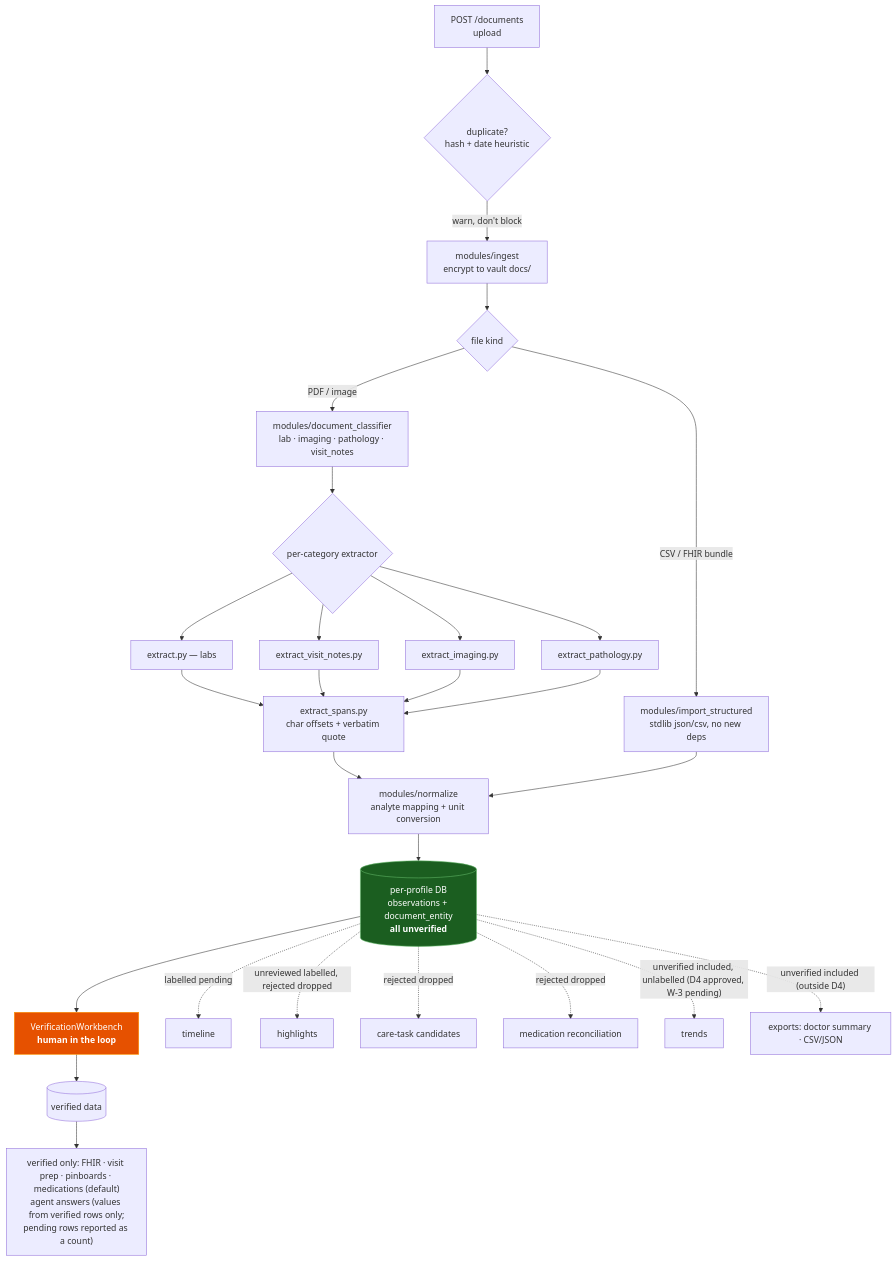
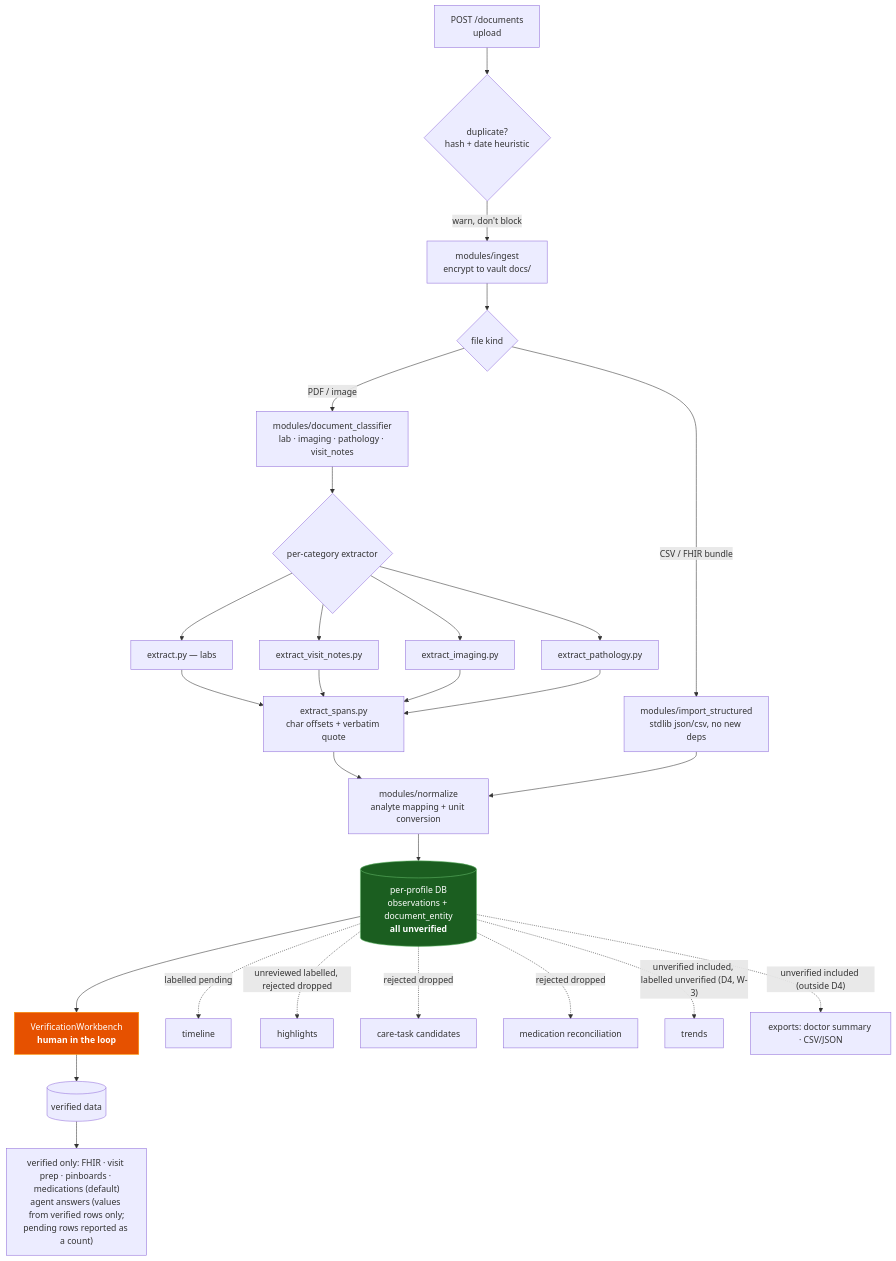
One commit to BrooklynD23/HealthCentral changed the first of 3 diagrams in docs/architecture/pipelines.md. Above: the diagram before and after it, drawn with Mermaid. The commit also changed other lines of this file and 11 other files, not shown here.

First line of the commit message:
docs: refresh README and architecture docs against the code

````diff
--- a/docs/architecture/pipelines.md
+++ b/docs/architecture/pipelines.md
@@ -17,35 +17,35 @@
 ```mermaid
 flowchart TD
     UP["POST /documents<br/>upload"] --> DUP{"duplicate?<br/>hash + date heuristic"}
     DUP -->|warn, don't block| ING["modules/ingest<br/>encrypt to vault docs/"]
 
     ING --> KIND{"file kind"}
     KIND -->|"PDF / image"| CLS["modules/document_classifier<br/>lab · imaging · pathology · visit_notes"]
     KIND -->|"CSV / FHIR bundle"| STRUCT["modules/import_structured<br/>stdlib json/csv, no new deps"]
 
     CLS --> EXT{"per-category extractor"}
     EXT --> E1["extract.py — labs"]
     EXT --> E2["extract_visit_notes.py"]
     EXT --> E3["extract_imaging.py"]
     EXT --> E4["extract_pathology.py"]
     E1 & E2 & E3 & E4 --> SPANS["extract_spans.py<br/>char offsets + verbatim quote"]
 
     SPANS --> NORM["modules/normalize<br/>analyte mapping + unit conversion"]
     STRUCT --> NORM
 
     NORM --> STORE[("per-profile DB<br/>observations + document_entity<br/><b>all unverified</b>")]
 
     STORE --> VERIFY["VerificationWorkbench<br/><b>human in the loop</b>"]
     VERIFY --> VERIFIED[("verified data")]
 
     VERIFIED --> VONLY["verified only: FHIR · visit prep · pinboards · medications (default)<br/>agent answers (values from verified rows only;<br/>pending rows reported as a count)"]
     STORE -.->|"labelled pending"| TL["timeline"]
     STORE -.->|"unreviewed labelled, rejected dropped"| HL["highlights"]
     STORE -.->|"rejected dropped"| TASKS["care-task candidates"]
     STORE -.->|"rejected dropped"| RECON["medication reconciliation"]
-    STORE -.->|"unverified included, unlabelled (D4 approved, W-3 pending)"| TRENDS["trends"]
+    STORE -.->|"unverified included, labelled unverified (D4, W-3)"| TRENDS["trends"]
     STORE -.->|"unverified included (outside D4)"| EXPU["exports: doctor summary · CSV/JSON"]
 
     style VERIFY fill:#e65100,stroke:#ff9800,color:#fff
     style STORE fill:#1b5e20,stroke:#66bb6a,color:#fff
 ```
````
